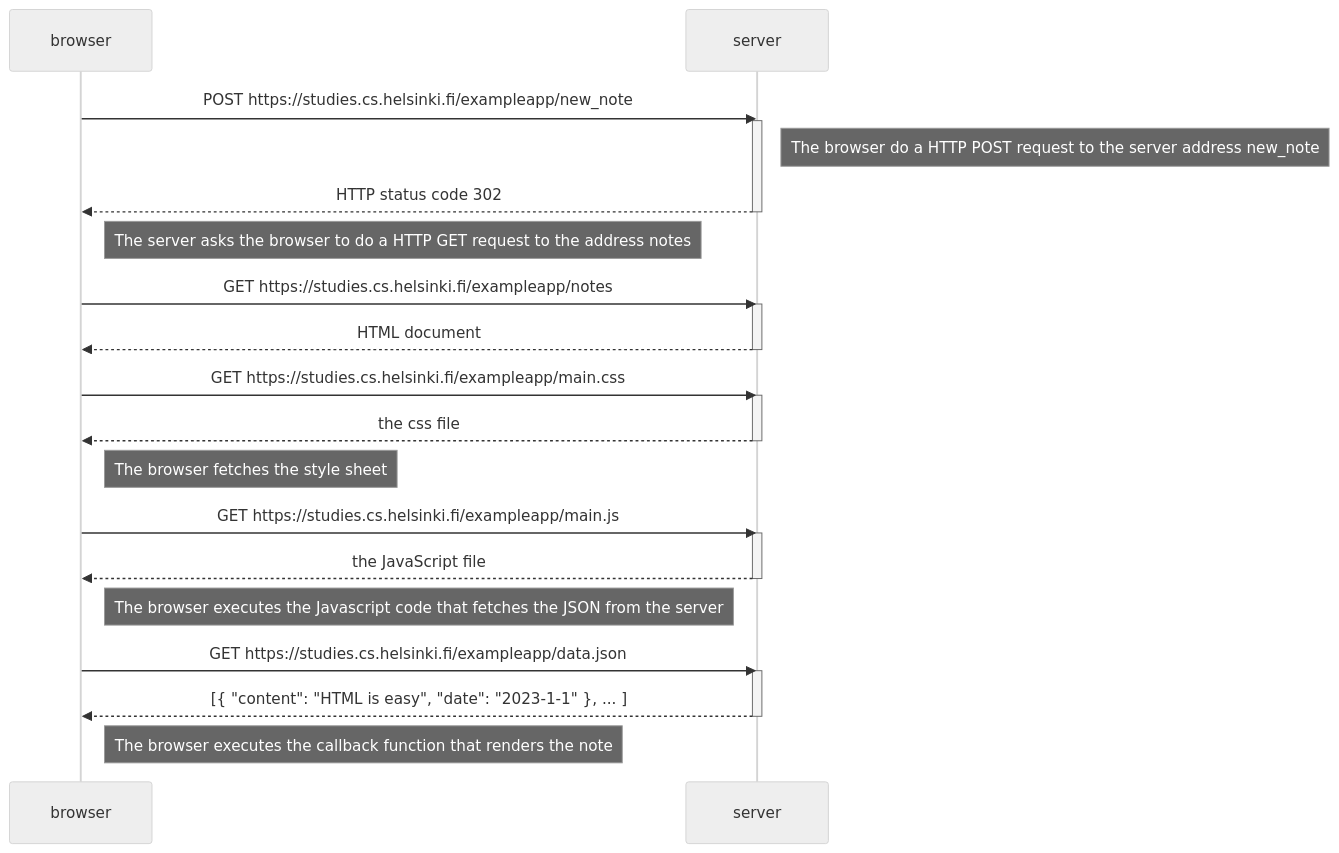
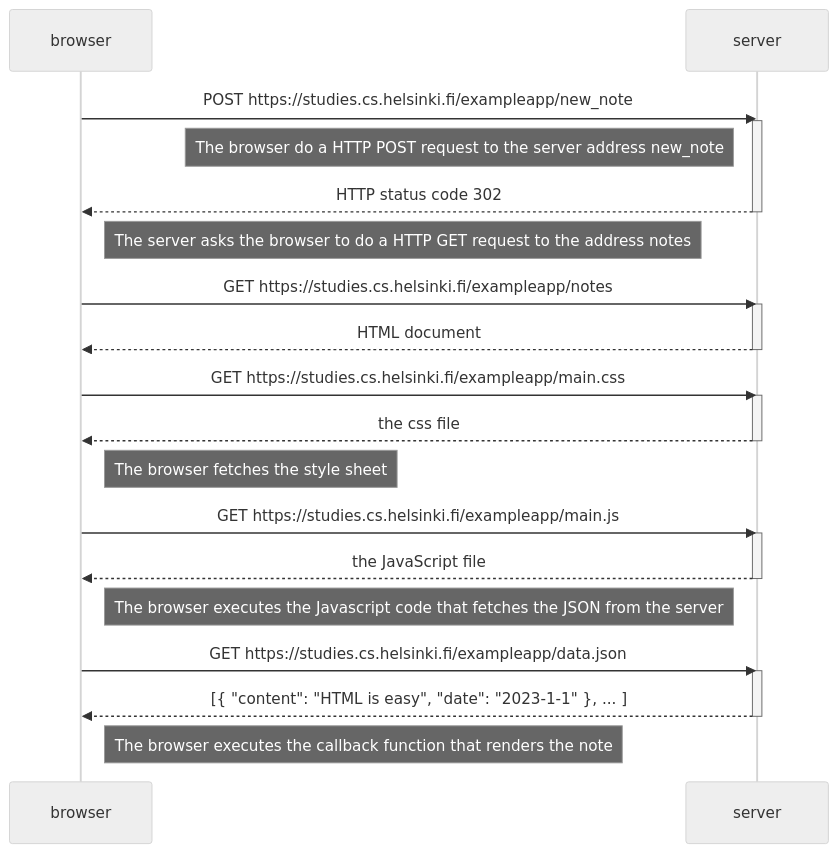
Before and after one commit to csoumya14/fullstackopen2023: the diagram in part0/0.4_new_note_diagram.md, drawn with Mermaid (neutral theme). The commit also changed 2 other files, not shown here.

Commit message:
added solution for 0.5 and 0.6

````diff
--- a/part0/0.4_new_note_diagram.md
+++ b/part0/0.4_new_note_diagram.md
@@ -1,45 +1,45 @@
 ```mermaid
 
 sequenceDiagram
     participant browser
     participant server
 
     browser->>server: POST https://studies.cs.helsinki.fi/exampleapp/new_note
     activate server
 
-    Note right of server: The browser do a HTTP POST request to the server address new_note
+    Note left of server: The browser do a HTTP POST request to the server address new_note
 
     server-->>browser: HTTP status code 302
     deactivate server
 
     Note right of browser: The server asks the browser to do a HTTP GET request to the address notes
 
     browser->>server: GET https://studies.cs.helsinki.fi/exampleapp/notes
     activate server
     server-->>browser: HTML document
     deactivate server
 
     browser->>server: GET https://studies.cs.helsinki.fi/exampleapp/main.css
     activate server
     server-->>browser: the css file
     deactivate server
 
     Note right of browser: The browser fetches the style sheet
 
     browser->>server: GET https://studies.cs.helsinki.fi/exampleapp/main.js
     activate server
     server-->>browser: the JavaScript file
     deactivate server
 
     Note right of browser: The browser executes the Javascript code that fetches the JSON from the server
 
 
 
     browser->>server: GET https://studies.cs.helsinki.fi/exampleapp/data.json
     activate server
     server-->>browser: [{ "content": "HTML is easy", "date": "2023-1-1" }, ... ]
     deactivate server
 
     Note right of browser: The browser executes the callback function that renders the note
 
 ```
````
